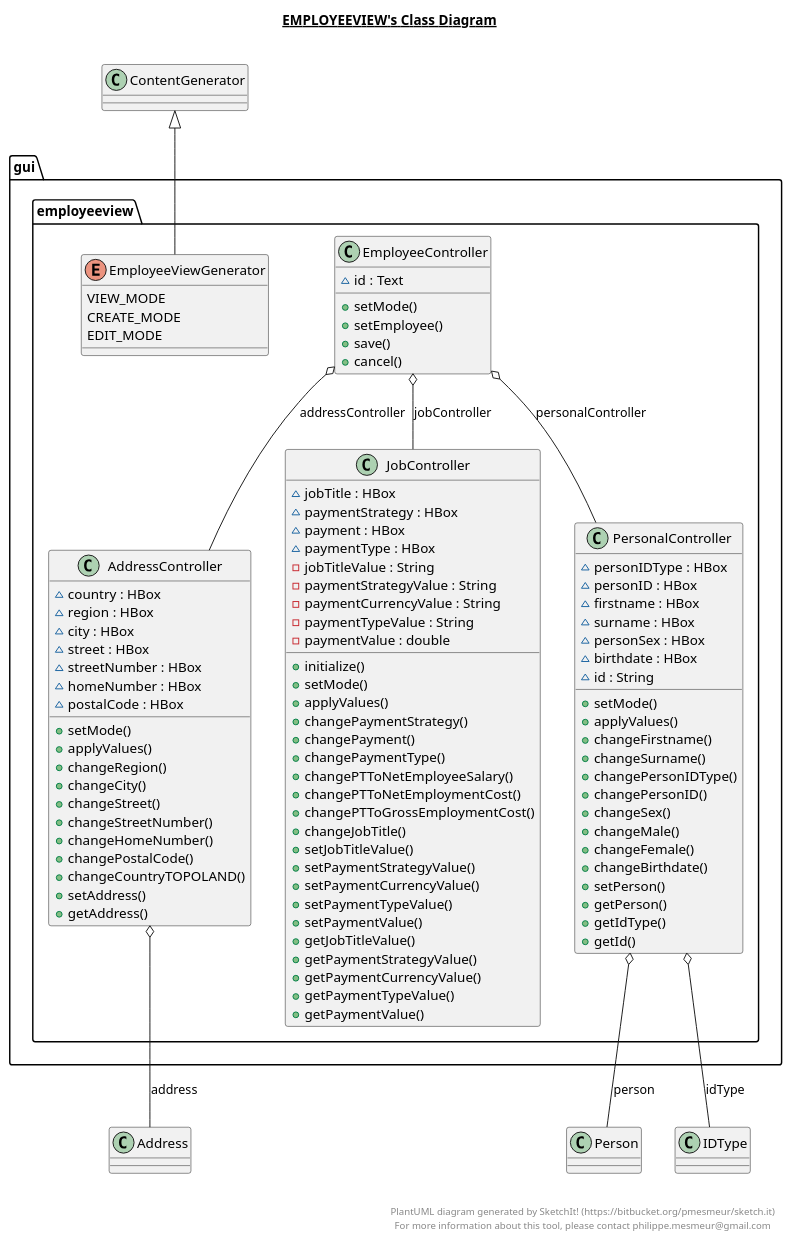
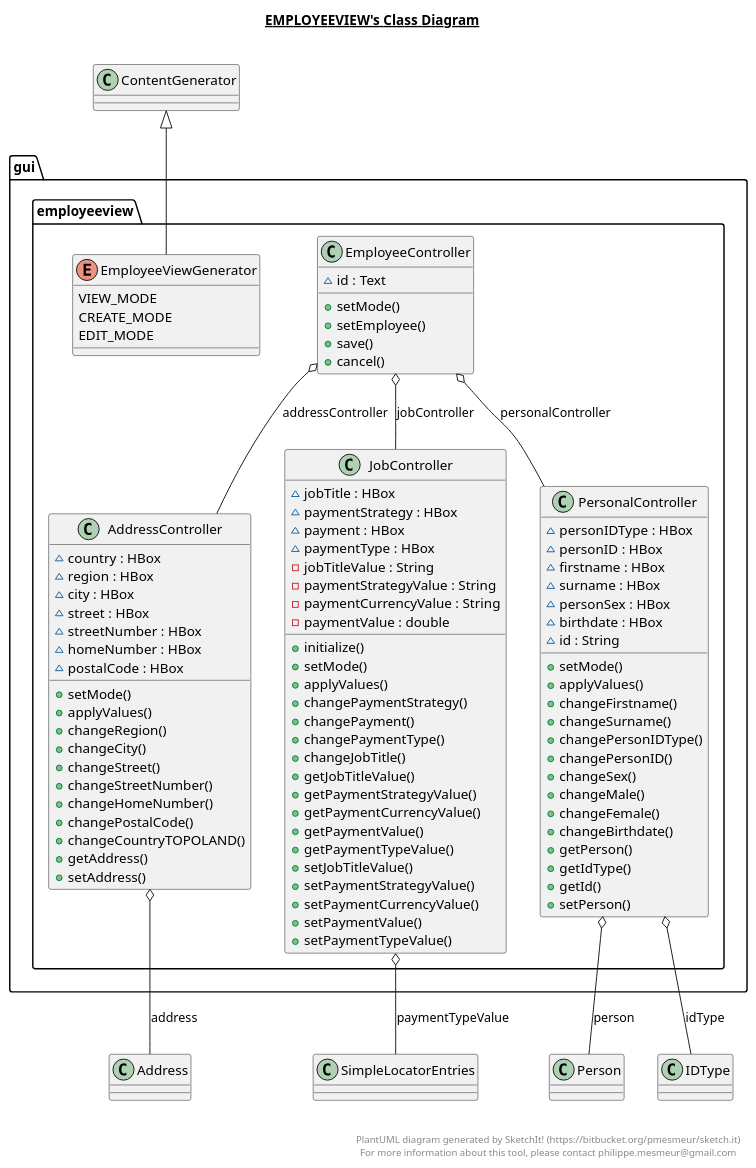
Before and after one commit to Dzordzu/BERP: the diagram in src/main/java/gui/employeeview/employeeview.plantuml, drawn with PlantUML. The commit also changed 25 other files, not shown here.

Commit message:
Added UML graphs

```diff
--- a/src/main/java/gui/employeeview/employeeview.plantuml
+++ b/src/main/java/gui/employeeview/employeeview.plantuml
@@ -1,137 +1,134 @@
 @startuml
 
 title __EMPLOYEEVIEW's Class Diagram__\n
 
   package gui {
     package gui.employeeview {
       class AddressController {
           ~ country : HBox
           ~ region : HBox
           ~ city : HBox
           ~ street : HBox
           ~ streetNumber : HBox
           ~ homeNumber : HBox
           ~ postalCode : HBox
           + setMode()
           + applyValues()
           + changeRegion()
           + changeCity()
           + changeStreet()
           + changeStreetNumber()
           + changeHomeNumber()
           + changePostalCode()
           + changeCountryTOPOLAND()
+          + getAddress()
           + setAddress()
-          + getAddress()
       }
     }
   }
   
 
   package gui {
     package gui.employeeview {
       class EmployeeController {
           ~ id : Text
           + setMode()
           + setEmployee()
           + save()
           + cancel()
       }
     }
   }
   
 
   package gui {
     package gui.employeeview {
       enum EmployeeViewGenerator {
         VIEW_MODE
         CREATE_MODE
         EDIT_MODE
       }
     }
   }
   
 
   package gui {
     package gui.employeeview {
       class JobController {
           ~ jobTitle : HBox
           ~ paymentStrategy : HBox
           ~ payment : HBox
           ~ paymentType : HBox
           - jobTitleValue : String
           - paymentStrategyValue : String
           - paymentCurrencyValue : String
-          - paymentTypeValue : String
           - paymentValue : double
           + initialize()
           + setMode()
           + applyValues()
           + changePaymentStrategy()
           + changePayment()
           + changePaymentType()
-          + changePTToNetEmployeeSalary()
-          + changePTToNetEmploymentCost()
-          + changePTToGrossEmploymentCost()
           + changeJobTitle()
+          + getJobTitleValue()
+          + getPaymentStrategyValue()
+          + getPaymentCurrencyValue()
+          + getPaymentValue()
+          + getPaymentTypeValue()
           + setJobTitleValue()
           + setPaymentStrategyValue()
           + setPaymentCurrencyValue()
+          + setPaymentValue()
           + setPaymentTypeValue()
-          + setPaymentValue()
-          + getJobTitleValue()
-          + getPaymentStrategyValue()
-          + getPaymentCurrencyValue()
-          + getPaymentTypeValue()
-          + getPaymentValue()
       }
     }
   }
   
 
   package gui {
     package gui.employeeview {
       class PersonalController {
           ~ personIDType : HBox
           ~ personID : HBox
           ~ firstname : HBox
           ~ surname : HBox
           ~ personSex : HBox
           ~ birthdate : HBox
           ~ id : String
           + setMode()
           + applyValues()
           + changeFirstname()
           + changeSurname()
           + changePersonIDType()
           + changePersonID()
           + changeSex()
           + changeMale()
           + changeFemale()
           + changeBirthdate()
-          + setPerson()
           + getPerson()
           + getIdType()
           + getId()
+          + setPerson()
       }
     }
   }
   
 
   AddressController o-- Address : address
   EmployeeController o-- PersonalController : personalController
   EmployeeController o-- AddressController : addressController
   EmployeeController o-- JobController : jobController
   EmployeeViewGenerator -up-|> ContentGenerator
+  JobController o-- SimpleLocatorEntries : paymentTypeValue
   PersonalController o-- Person : person
   PersonalController o-- IDType : idType
 
 
 right footer
 
 
 PlantUML diagram generated by SketchIt! (https://bitbucket.org/pmesmeur/sketch.it)
 For more information about this tool, please contact philippe.mesmeur@gmail.com
 endfooter
 
 @enduml
```
